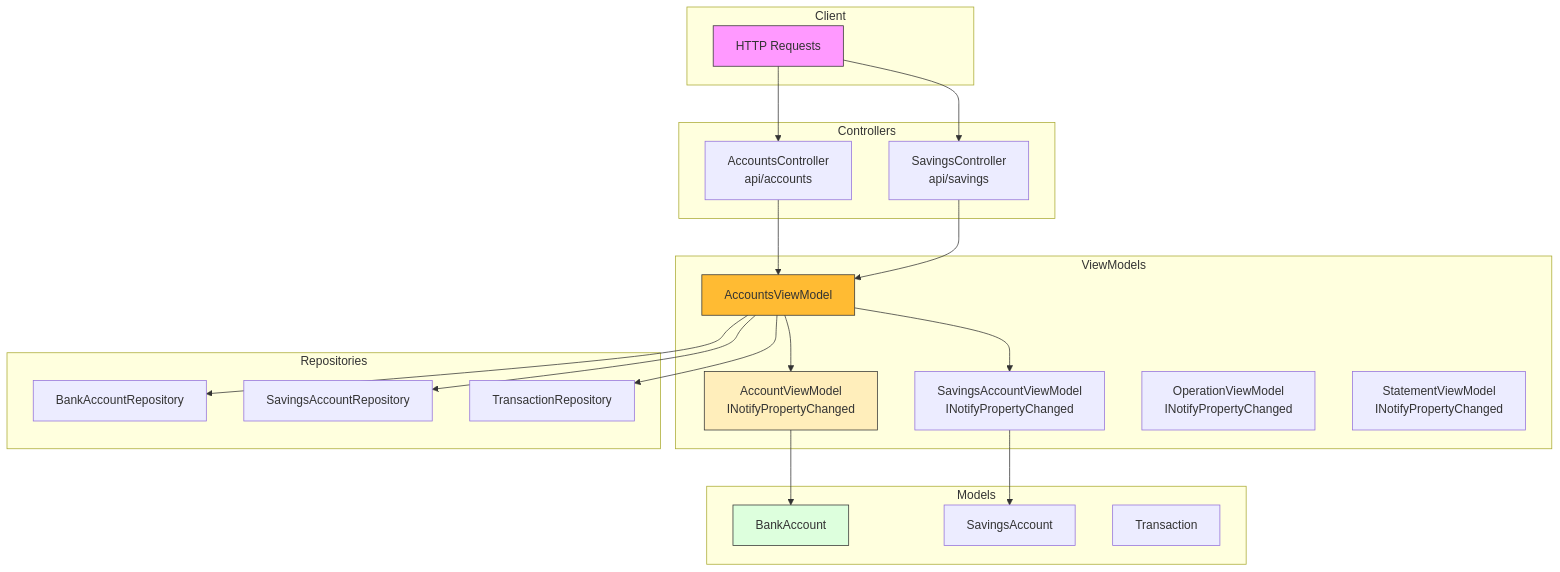
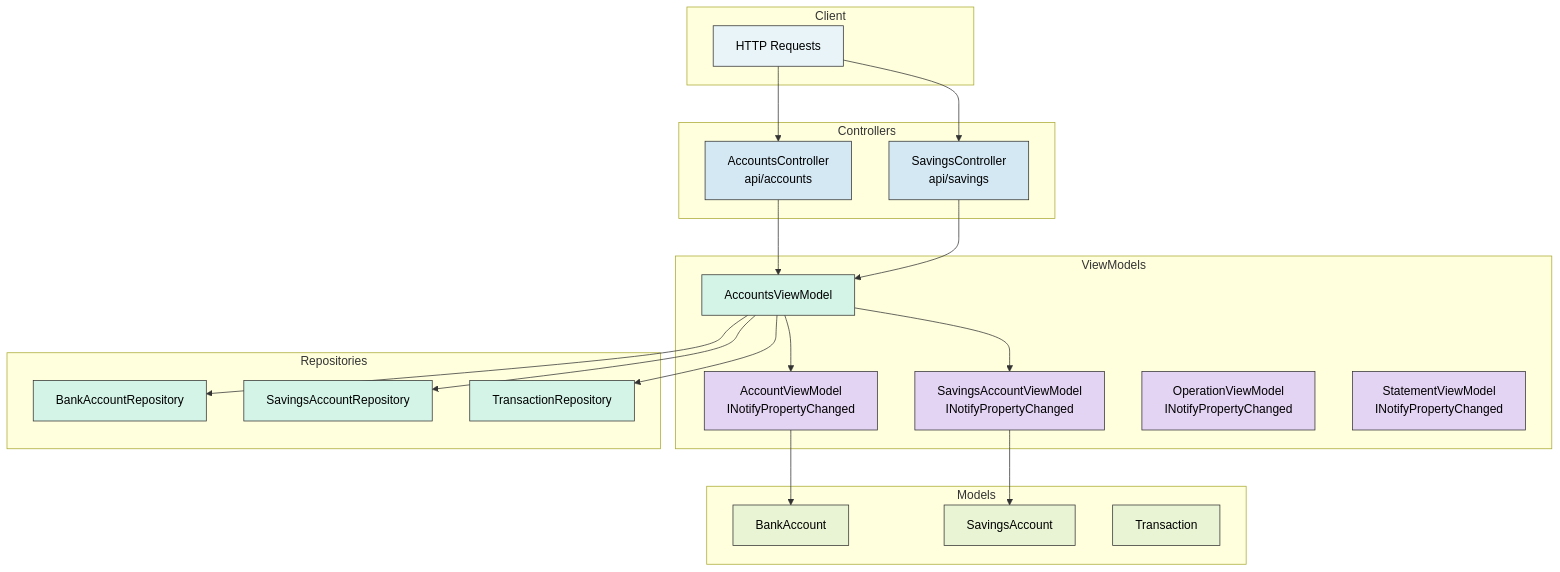
The diagram in ARCHITECTURE.md (EL-R1/BankingKata-MVVM), drawn with Mermaid before and after one commit. The commit also changed other lines of this file, not shown here.

Commit message:
Fix Mermaid diagrams with readable text colors

````diff
--- a/ARCHITECTURE.md
+++ b/ARCHITECTURE.md
@@ -3,52 +3,62 @@
 ```mermaid
 graph TD
     subgraph Client
         HTTP[HTTP Requests]
     end
 
     subgraph Controllers
         AC[AccountsController<br/>api/accounts]
         SC[SavingsController<br/>api/savings]
     end
 
     subgraph ViewModels
         AVM[AccountsViewModel]
         AV[AccountViewModel<br/>INotifyPropertyChanged]
         SV[SavingsAccountViewModel<br/>INotifyPropertyChanged]
         OV[OperationViewModel<br/>INotifyPropertyChanged]
         StV[StatementViewModel<br/>INotifyPropertyChanged]
     end
 
     subgraph Models
         BA[BankAccount]
         SA[SavingsAccount]
         T[Transaction]
     end
 
     subgraph Repositories
         BR[BankAccountRepository]
         SR[SavingsAccountRepository]
         TR[TransactionRepository]
     end
 
     HTTP --> AC
     HTTP --> SC
 
     AC --> AVM
     SC --> AVM
 
     AVM --> AV
     AVM --> SV
 
     AVM --> BR
     AVM --> TR
     AVM --> SR
 
     AV --> BA
     SV --> SA
 
-    style HTTP fill:#f9f,stroke:#333
-    style AVM fill:#fb3,stroke:#333
-    style AV fill:#feb,stroke:#333
-    style BA fill:#dfd,stroke:#333
+    style HTTP fill:#e8f4f8,stroke:#333,color:#000000
+    style AC fill:#d4e8f4,stroke:#333,color:#000000
+    style SC fill:#d4e8f4,stroke:#333,color:#000000
+    style AVM fill:#d4f4e8,stroke:#333,color:#000000
+    style AV fill:#e4d4f4,stroke:#333,color:#000000
+    style SV fill:#e4d4f4,stroke:#333,color:#000000
+    style OV fill:#e4d4f4,stroke:#333,color:#000000
+    style StV fill:#e4d4f4,stroke:#333,color:#000000
+    style BA fill:#e8f4d4,stroke:#333,color:#000000
+    style SA fill:#e8f4d4,stroke:#333,color:#000000
+    style T fill:#e8f4d4,stroke:#333,color:#000000
+    style BR fill:#d4f4e8,stroke:#333,color:#000000
+    style SR fill:#d4f4e8,stroke:#333,color:#000000
+    style TR fill:#d4f4e8,stroke:#333,color:#000000
 ```
````
